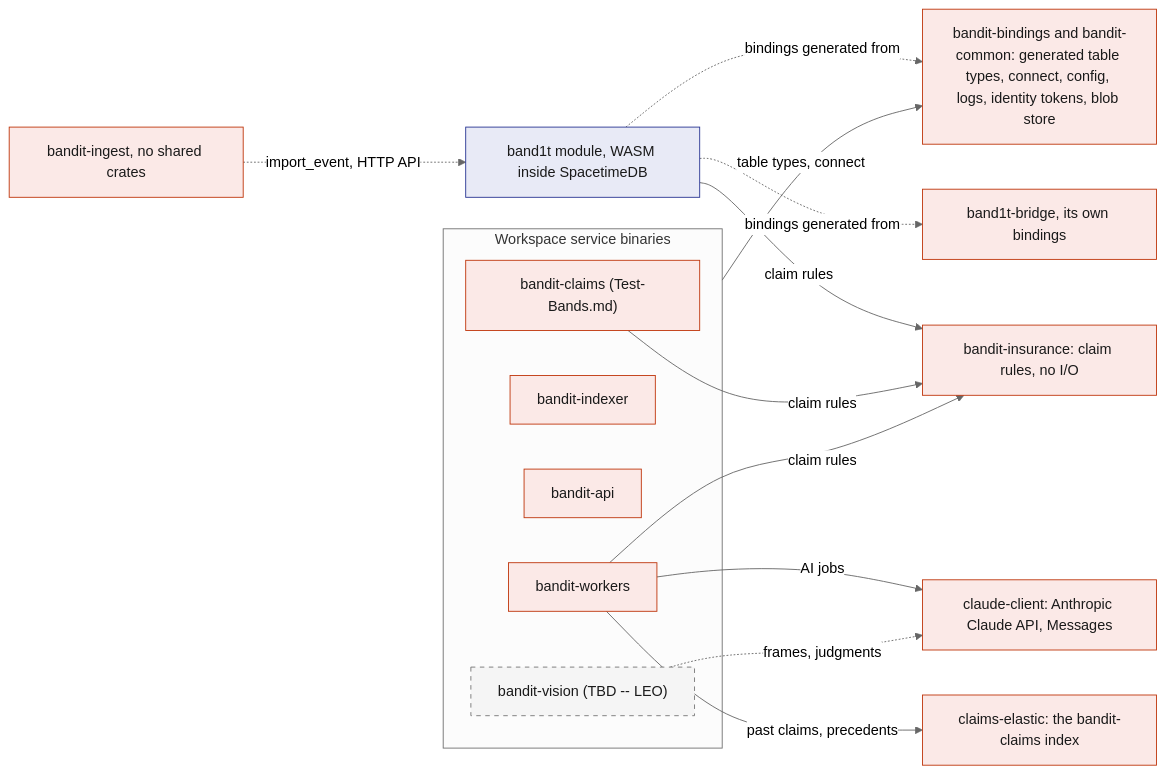
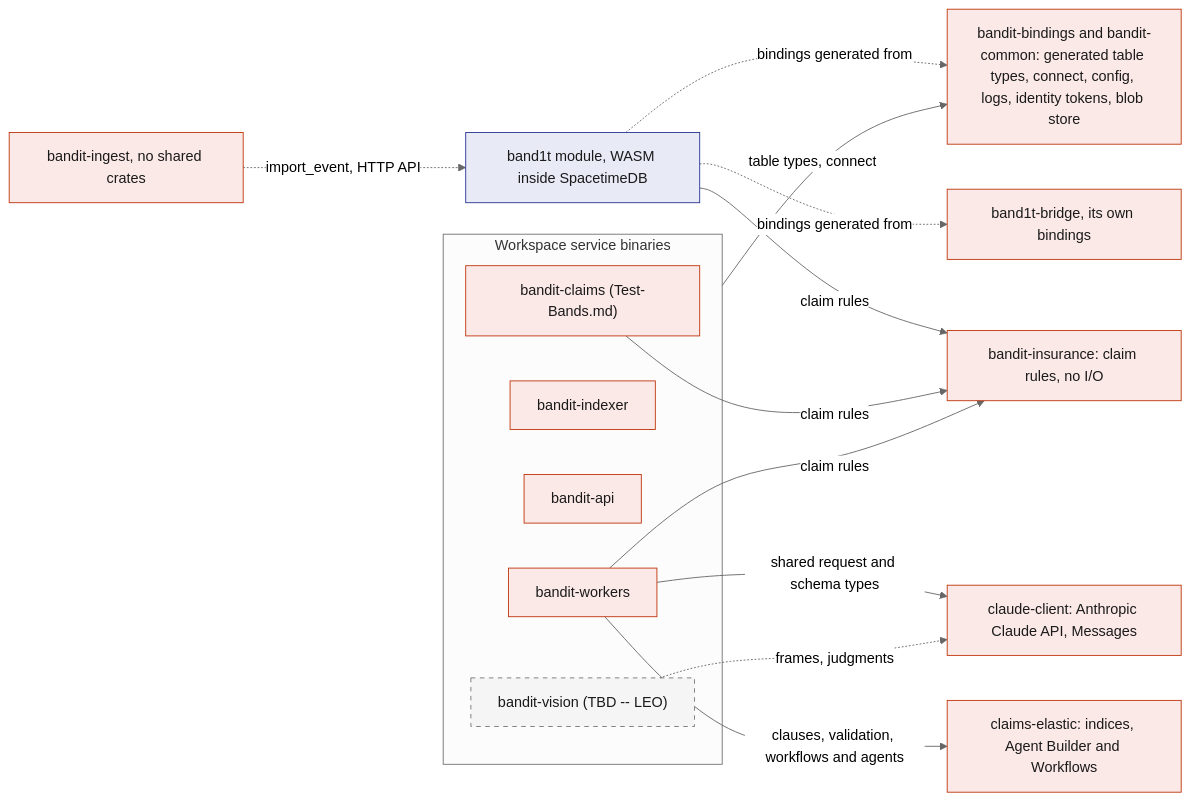
The first of 4 diagrams in System Design/3-services/Rust-Backend.md (viktorinkov/cal-hacks-13), drawn with Mermaid (neutral theme) before and after one commit. The commit also changed other lines of this file and 50 other files, not shown here.

````diff
--- a/System Design/3-services/Rust-Backend.md
+++ b/System Design/3-services/Rust-Backend.md
@@ -50,35 +50,35 @@
 ```mermaid
 flowchart LR
   Module["band1t module, WASM inside SpacetimeDB"]
   Bridge["band1t-bridge, its own bindings"]
   subgraph Services["Workspace service binaries"]
     Sim["bandit-claims (Test-Bands.md)"]
     Indexer["bandit-indexer"]
     API["bandit-api"]
     Vision["bandit-vision (TBD -- LEO)"]
     Workers["bandit-workers"]
   end
   Ingest["bandit-ingest, no shared crates"]
   Shared["bandit-bindings and bandit-common: generated table types, connect, config, logs, identity tokens, blob store"]
   Rules["bandit-insurance: claim rules, no I/O"]
-  ClaimsES["claims-elastic: the bandit-claims index"]
+  ClaimsES["claims-elastic: indices, Agent Builder and Workflows"]
   ClaudeC["claude-client: Anthropic Claude API, Messages"]
 
   Module -.->|"bindings generated from"| Shared
   Module -.->|"bindings generated from"| Bridge
   Services -->|"table types, connect"| Shared
   Module -->|"claim rules"| Rules
   Sim -->|"claim rules"| Rules
   Workers -->|"claim rules"| Rules
-  Workers -->|"past claims, precedents"| ClaimsES
-  Workers -->|"AI jobs"| ClaudeC
+  Workers -->|"clauses, validation, workflows and agents"| ClaimsES
+  Workers -->|"shared request and schema types"| ClaudeC
   Vision -.->|"frames, judgments"| ClaudeC
   Ingest -.->|"import_event, HTTP API"| Module
 
   classDef rust fill:#FBE9E7,stroke:#BF360C,color:#1A1A1A
   classDef stdb fill:#E8EAF6,stroke:#283593,color:#1A1A1A
   classDef tbd fill:#F5F5F5,stroke:#757575,color:#1A1A1A,stroke-dasharray:5 5
   class ClaudeC,Shared,Rules,ClaimsES,Bridge,Sim,Ingest,Indexer,API,Workers rust
   class Module stdb
   class Vision tbd
 ```
````
